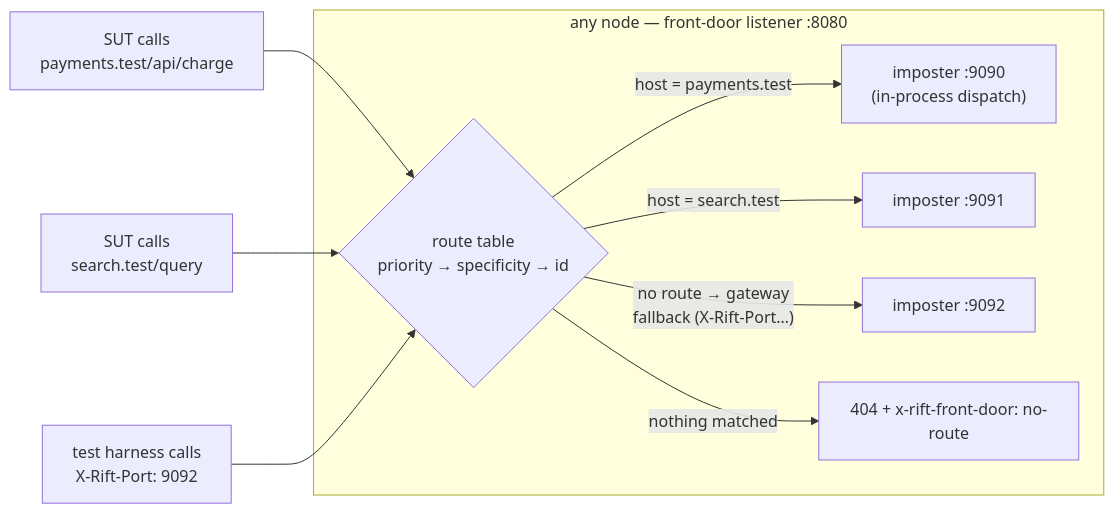
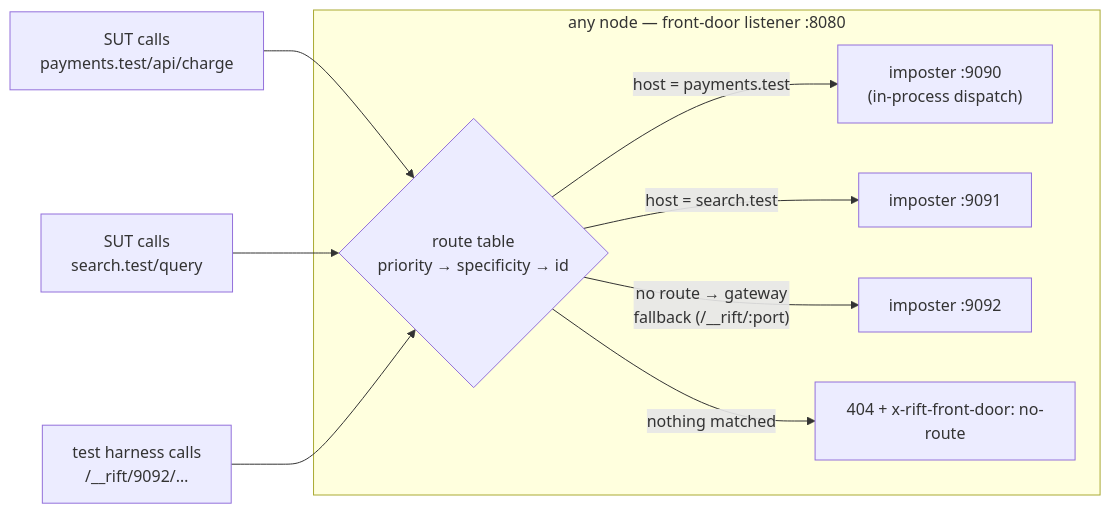
One commit to achird-labs/rift-cluster changed the first of 2 diagrams in docs/architecture/13-front-door-and-sources.md. Above: the diagram before and after it, drawn with Mermaid. The commit also changed other lines of this file and 71 other files, not shown here.

````diff
--- a/docs/architecture/13-front-door-and-sources.md
+++ b/docs/architecture/13-front-door-and-sources.md
@@ -21,14 +22,14 @@
 ```mermaid
 flowchart LR
     SUT1["SUT calls<br/>payments.test/api/charge"] --> FD
     SUT2["SUT calls<br/>search.test/query"] --> FD
-    TH["test harness calls<br/>X-Rift-Port: 9092"] --> FD
+    TH["test harness calls<br/>/__rift/9092/…"] --> FD
 
     subgraph Node["any node — front-door listener :8080"]
         FD{route table<br/>priority → specificity → id} 
         FD -- "host = payments.test" --> I1["imposter :9090<br/>(in-process dispatch)"]
         FD -- "host = search.test" --> I2["imposter :9091"]
-        FD -- "no route → gateway<br/>fallback (X-Rift-Port…)" --> I3["imposter :9092"]
+        FD -- "no route → gateway<br/>fallback (/__rift/:port)" --> I3["imposter :9092"]
         FD -- "nothing matched" --> NF["404 + x-rift-front-door: no-route"]
     end
 ```
````
